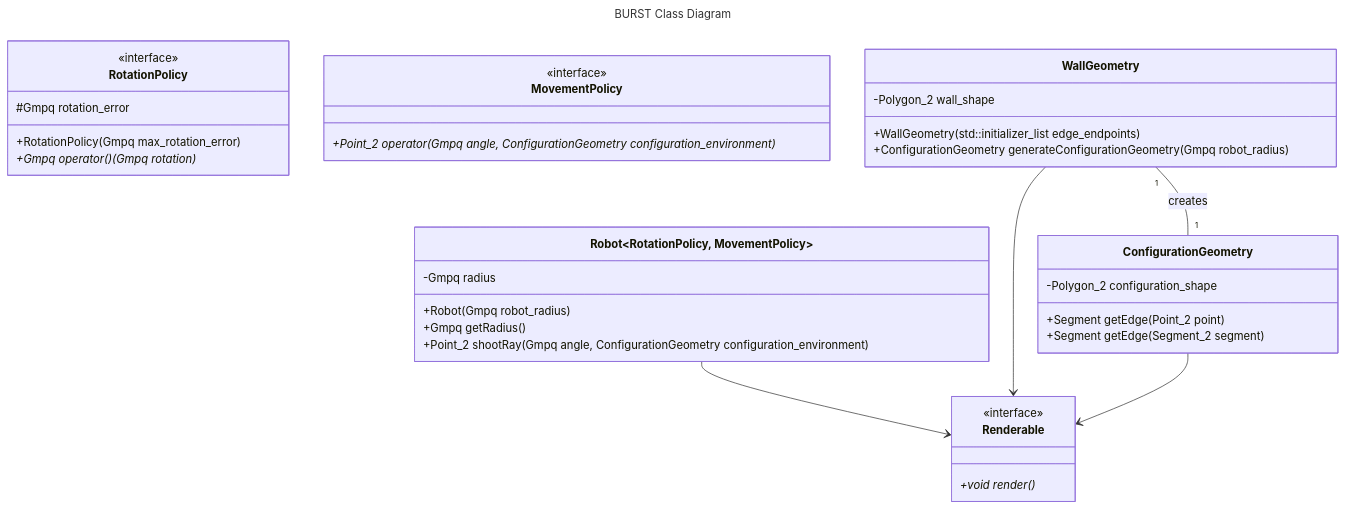
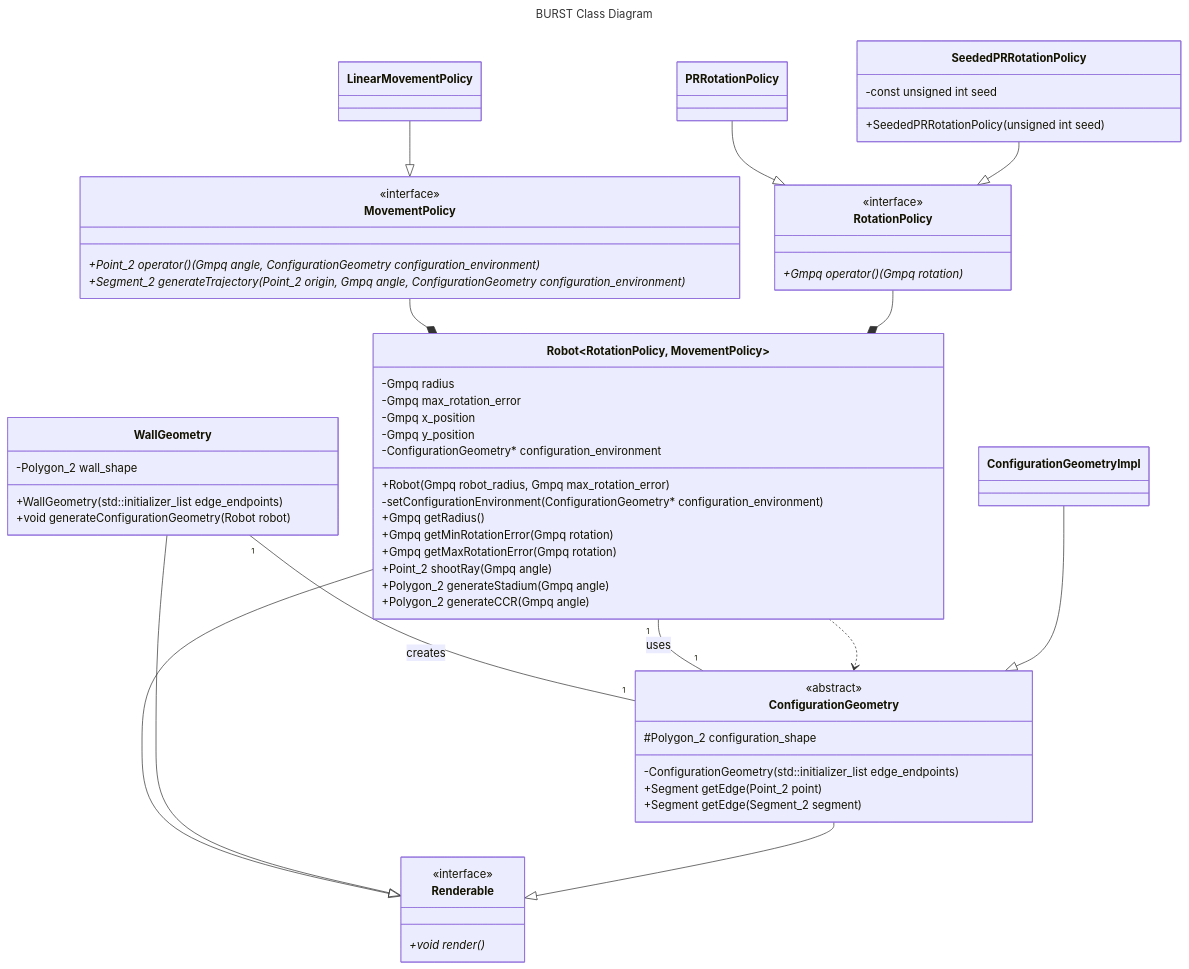
The diagram in docs/DESIGN.md (KedarPanchal/DAIR-BURST), drawn with Mermaid before and after one commit. The commit also changed other lines of this file, not shown here.

Commit message:
Finalize UML class diagram (hopefully)

````diff
--- a/docs/DESIGN.md
+++ b/docs/DESIGN.md
@@ -16,45 +16,76 @@
 ```mermaid
 ---
 title: BURST Class Diagram
 ---
 classDiagram
     class RotationPolicy {
-        #Gmpq rotation_error
-        +RotationPolicy(Gmpq max_rotation_error)
         +Gmpq operator() (Gmpq rotation)*
     }
     <<interface>> RotationPolicy
+    
+    class PRRotationPolicy 
+    PRRotationPolicy --|> RotationPolicy
+
+    class SeededPRRotationPolicy {
+        -const unsigned int seed
+        +SeededPRRotationPolicy(unsigned int seed)
+    }
+    SeededPRRotationPolicy --|> RotationPolicy
 
     class MovementPolicy {
-        +Point_2 operator(Gmpq angle, ConfigurationGeometry configuration_environment)*
+        +Point_2 operator() (Gmpq angle, ConfigurationGeometry configuration_environment)*
+        +Segment_2 generateTrajectory(Point_2 origin, Gmpq angle, ConfigurationGeometry configuration_environment)*
     }
     <<interface>> MovementPolicy
+
+    class LinearMovementPolicy {
+    }
+    LinearMovementPolicy --|> MovementPolicy
 
     class Renderable {
         +void render()*
     }
     <<interface>> Renderable
 
     class Robot~RotationPolicy, MovementPolicy~ {
         -Gmpq radius
-        +Robot(Gmpq robot_radius)
+        -Gmpq max_rotation_error
+        -Gmpq x_position
+        -Gmpq y_position
+        -ConfigurationGeometry* configuration_environment
+
+        +Robot(Gmpq robot_radius, Gmpq max_rotation_error)
+        -setConfigurationEnvironment(ConfigurationGeometry* configuration_environment)
         +Gmpq getRadius()
-        +Point_2 shootRay(Gmpq angle, ConfigurationGeometry configuration_environment)
+        +Gmpq getMinRotationError(Gmpq rotation)
+        +Gmpq getMaxRotationError(Gmpq rotation)
+        +Point_2 shootRay(Gmpq angle)
+        +Polygon_2 generateStadium(Gmpq angle)
+        +Polygon_2 generateCCR(Gmpq angle)
     }
-    Robot --> Renderable
+    Robot --|> Renderable
+    MovementPolicy --* Robot
+    RotationPolicy --* Robot
 
     class WallGeometry {
         -Polygon_2 wall_shape
         +WallGeometry(std::initializer_list<Point_2> edge_endpoints)
-        +ConfigurationGeometry generateConfigurationGeometry(Gmpq robot_radius)
+        +void generateConfigurationGeometry(Robot robot)
     }
-    WallGeometry --> Renderable
+    WallGeometry --|> Renderable
 
     class ConfigurationGeometry {
-        -Polygon_2 configuration_shape
+        #Polygon_2 configuration_shape
+        -ConfigurationGeometry(std::initializer_list<Point_2> edge_endpoints)
         +Segment getEdge(Point_2 point)
         +Segment getEdge(Segment_2 segment)
     }
-    ConfigurationGeometry --> Renderable
+    <<abstract>> ConfigurationGeometry
+    ConfigurationGeometry --|> Renderable
     WallGeometry "1" -- "1" ConfigurationGeometry : creates
+    Robot "1" -- "1" ConfigurationGeometry : uses
+    Robot ..> ConfigurationGeometry
+
+    class ConfigurationGeometryImpl
+    ConfigurationGeometryImpl --|> ConfigurationGeometry
 ```
````
